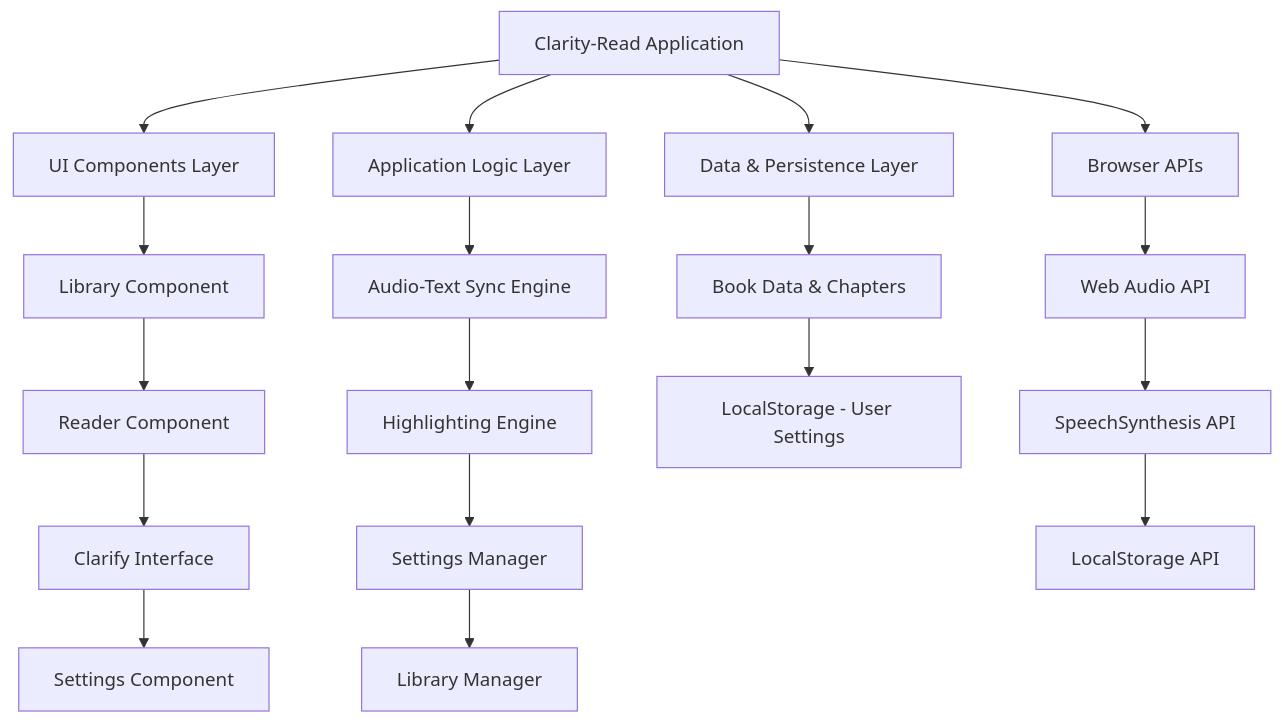
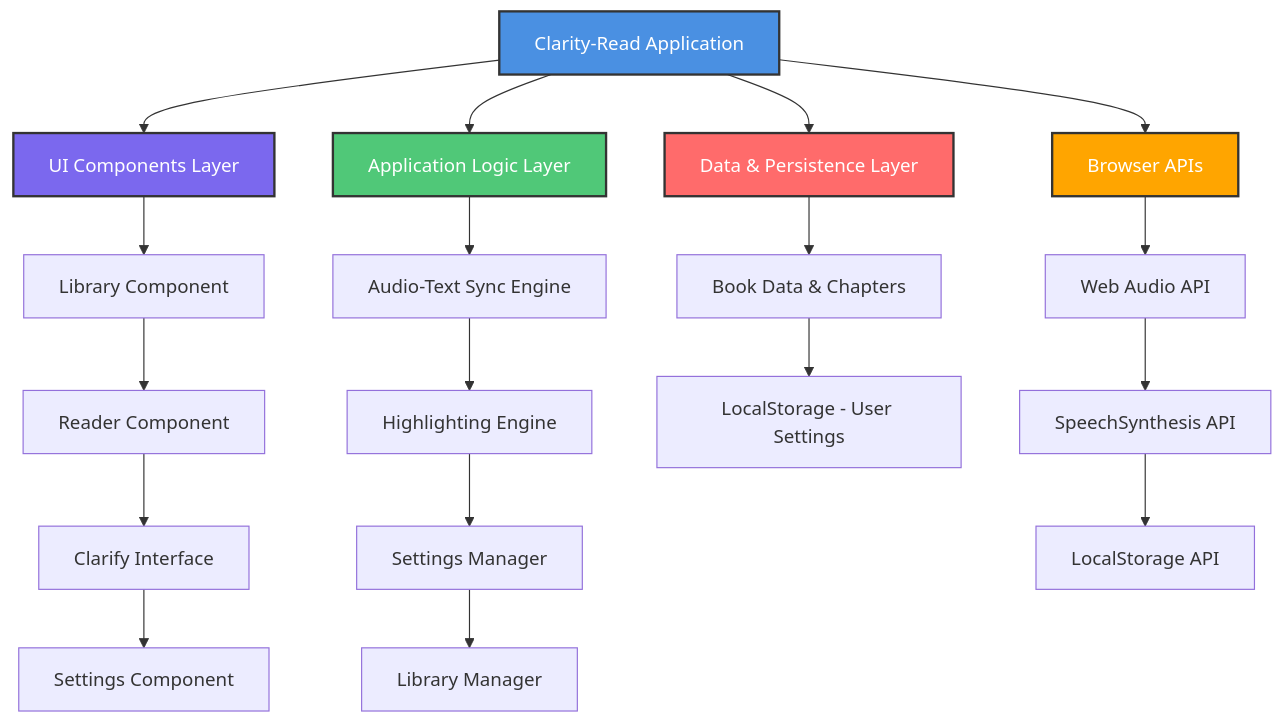
One commit to ANTO-REMY/clarity-read changed the diagram in README.md. Above: the diagram before and after it, drawn with Mermaid.

````diff
--- a/README.md
+++ b/README.md
@@ -31,26 +31,38 @@
 ```mermaid
 graph TB
     A[Clarity-Read Application]
     
     A --> B[UI Components Layer]
     A --> C[Application Logic Layer]
     A --> D[Data & Persistence Layer]
     A --> E[Browser APIs]
     
     B --> B1[Library Component]
     B1 --> B2[Reader Component]
     B2 --> B3[Clarify Interface]
     B3 --> B4[Settings Component]
     
     C --> C1[Audio-Text Sync Engine]
     C1 --> C2[Highlighting Engine]
     C2 --> C3[Settings Manager]
     C3 --> C4[Library Manager]
     
     D --> D1[Book Data & Chapters]
     D1 --> D2[LocalStorage - User Settings]
     
     E --> E1[Web Audio API]
     E1 --> E2[SpeechSynthesis API]
     E2 --> E3[LocalStorage API]
+    
+    classDef appStyle fill:#4A90E2,stroke:#333,stroke-width:2px,color:#fff
+    classDef uiStyle fill:#7B68EE,stroke:#333,stroke-width:2px,color:#fff
+    classDef logicStyle fill:#50C878,stroke:#333,stroke-width:2px,color:#fff
+    classDef dataStyle fill:#FF6B6B,stroke:#333,stroke-width:2px,color:#fff
+    classDef apiStyle fill:#FFA500,stroke:#333,stroke-width:2px,color:#fff
+    
+    class A appStyle
+    class B uiStyle
+    class C logicStyle
+    class D dataStyle
+    class E apiStyle
 ```
````
